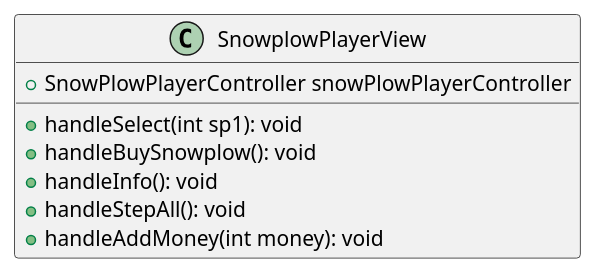
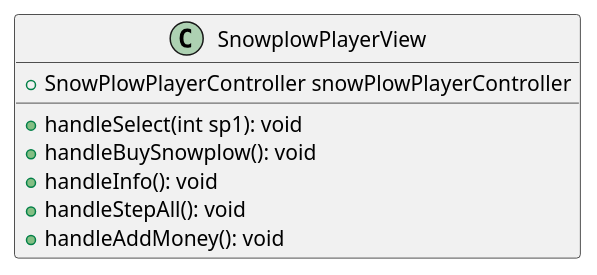
One commit to uhrinandor/spring changed the diagram in docs/graphics/class/SnowPlowPlayerView.plantuml. Above: the diagram before and after it, drawn with PlantUML. The commit also changed 1 other file, not shown here.

```diff
--- a/docs/graphics/class/SnowPlowPlayerView.plantuml
+++ b/docs/graphics/class/SnowPlowPlayerView.plantuml
@@ -1,9 +1,9 @@
 class SnowplowPlayerView{
     + SnowPlowPlayerController snowPlowPlayerController
 
     + handleSelect(int sp1): void
     + handleBuySnowplow(): void
     + handleInfo(): void
     + handleStepAll(): void
-    + handleAddMoney(int money): void
+    + handleAddMoney(): void
 }
```
